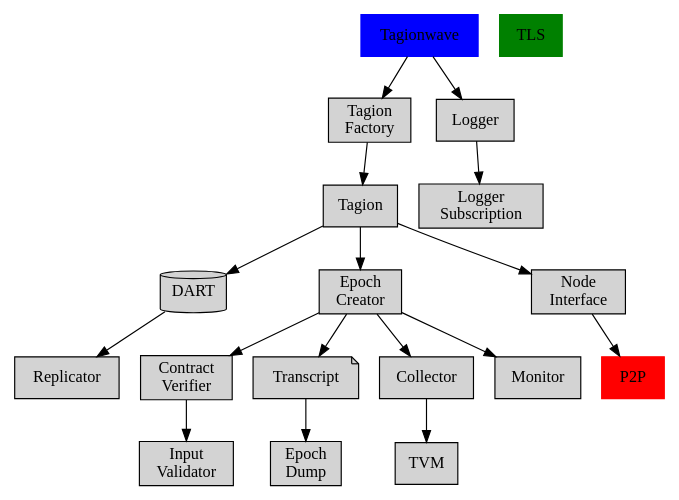
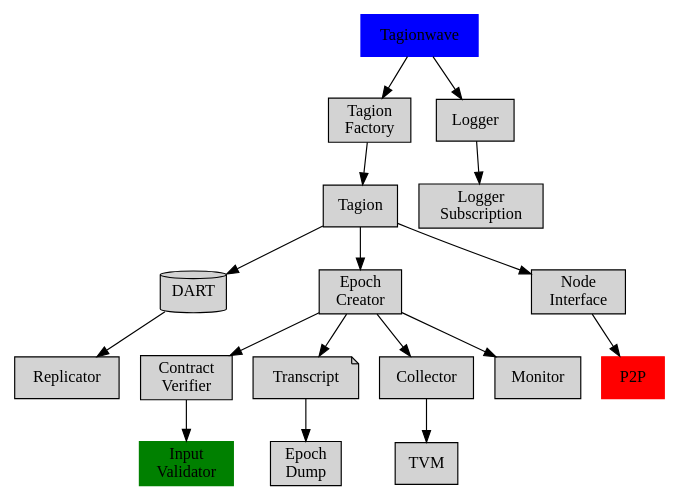
One commit to tagion/tagion changed the second of 2 diagrams in documents/architecture/Network_Architecture.md. Above: the diagram before and after it, drawn with Graphviz. The commit also changed other lines of this file, not shown here.

Commit message:
DOC: Architecture Links added

````diff
--- a/documents/architecture/Network_Architecture.md
+++ b/documents/architecture/Network_Architecture.md
@@ -70,35 +74,39 @@
 ```graphviz
 digraph tagion_hierarchy {
     rankdir=UD;
     size="8,5"
    node [style=filled shape=rect]
-   Input [ label="Input\nValidator" ]
+   Input [href="#/documents/architecture/InputValidator.md" label="Input\nValidator" color=green ]
+Tagion [href="#/documents/architecture/Tagion.md"]
 Tagionwave [color=blue]
-TagionFactory [label="Tagion\nFactory"]
-DART [shape = cylinder]
-ContractVerifier [label="Contract\nVerifier"]
-Transcript [shape = note]
-Collector [shape=rect]
-EpochCreator [label="Epoch\nCreator"]
-EpochDump [label="Epoch\nDump"]
-NodeInterface [shape=rect label="Node\nInterface"]
-LoggerSubscription [label="Logger\nSubscription"]
-TLS [color=green]
-P2P [color=red]
+TagionFactory [href="#/documents/architecture/Collector.md" label="Tagion\nFactory"]
+TVM [href="#/documents/architecture/TVM.md"] 
+DART [href="#/documents/architecture/DART.md" shape = cylinder]
+Replicator [href="#/documents/architecture/Replicator.md"] 
+ContractVerifier [href="#/documents/architecture/ContractVerifier.md" label="Contract\nVerifier"]
+Transcript [href="#/documents/architecture/Transcript.md" shape = note]
+Collector [href="#/documents/architecture/Collector.md" shape=rect]
+EpochCreator [href="#/documents/architecture/EpochCreator.md" label="Epoch\nCreator"]
+EpochDump [href="#/documents/architecture/EpochDump.md" label="Epoch\nDump"]
+NodeInterface [href="#/documents/architecture/NodeInterface.md" lshape=rect label="Node\nInterface"]
+P2P [href="#/documents/architecture/P2P.md" color=red]
+LoggerSubscription [href="#/documents/architecture/LoggerSubscription.md" label="Logger\nSubscription"]
+Logger [href="#/documents/architecture/Logger.md"] 
+Monitor [href="#/documents/architecture/Monitor.md"] 
 node [shape = rect];
 	Tagionwave -> Logger -> LoggerSubscription;
 	Tagionwave -> TagionFactory;
 	TagionFactory -> Tagion;
 	Tagion -> NodeInterface -> P2P;
 	DART -> Replicator;
 	Tagion -> DART;
     Tagion -> EpochCreator;
-	EpochCreator -> ContractVerifier [href="/documents/architecture/ContractVerifier.md"];
+	EpochCreator -> ContractVerifier;
 	EpochCreator -> Transcript;
 	EpochCreator -> Collector;
 	Transcript -> EpochDump;
 	EpochCreator -> Monitor;
 	Collector -> TVM;
 	ContractVerifier -> Input;
 }
 ```
````
